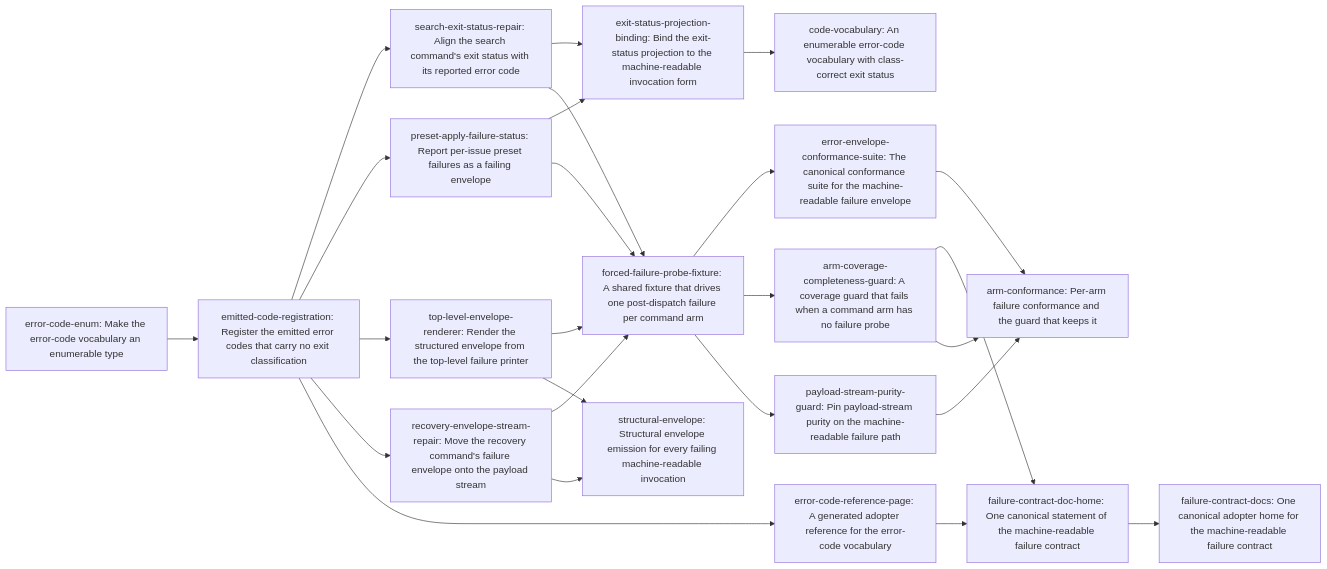
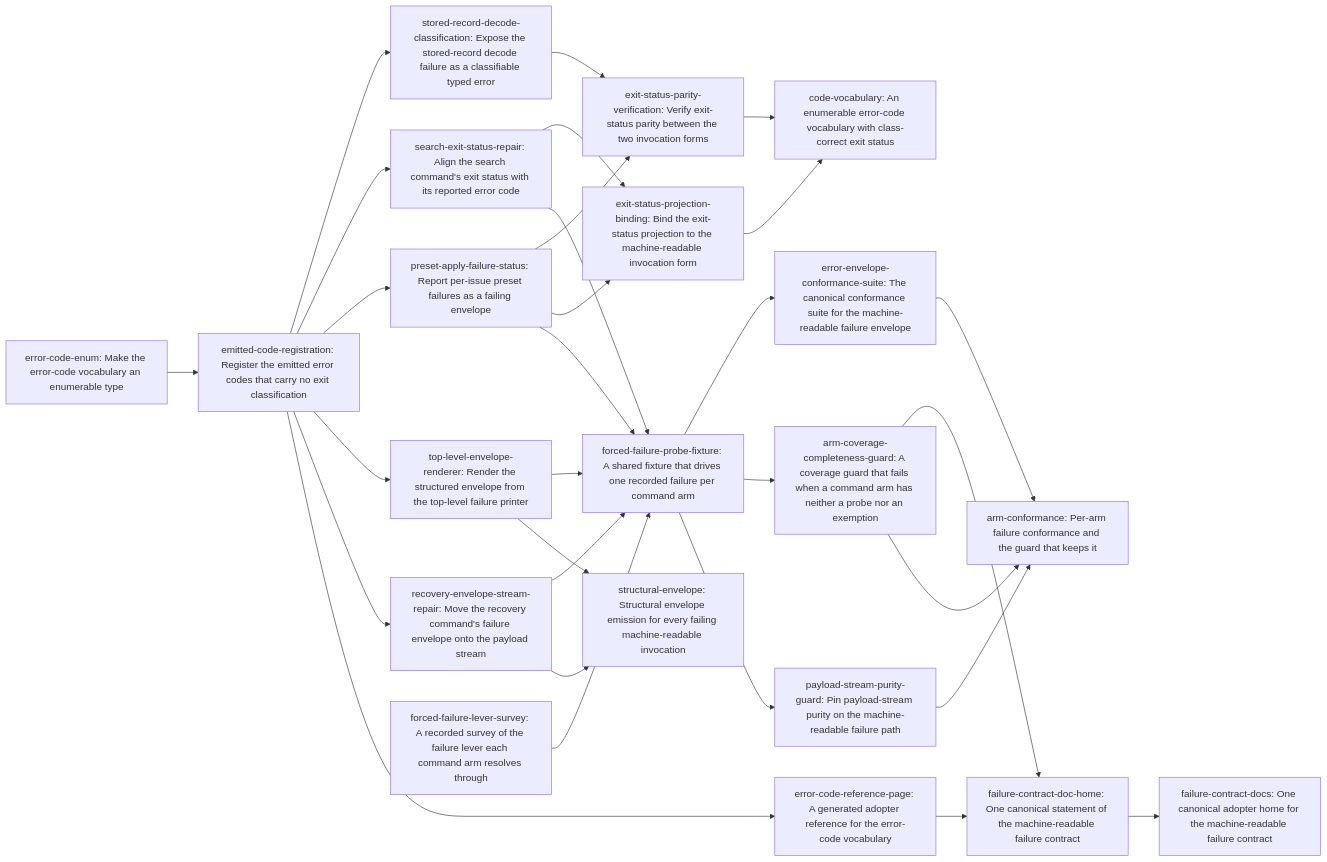
The diagram in dev/active/a2546471-json-error-contract/plan.md (erankavija/just-in-time), drawn with Mermaid before and after one commit. The commit also changed other lines of this file and 3 other files, not shown here.

````diff
--- a/dev/active/a2546471-json-error-contract/plan.md
+++ b/dev/active/a2546471-json-error-contract/plan.md
@@ -113,44 +147,52 @@
 ```mermaid
 flowchart LR
     N0["error-code-enum: Make the error-code vocabulary an enumerable type"]
     N1["emitted-code-registration: Register the emitted error codes that carry no exit classification"]
-    N2["search-exit-status-repair: Align the search command's exit status with its reported error code"]
-    N3["preset-apply-failure-status: Report per-issue preset failures as a failing envelope"]
-    N4["exit-status-projection-binding: Bind the exit-status projection to the machine-readable invocation form"]
-    N5["top-level-envelope-renderer: Render the structured envelope from the top-level failure printer"]
-    N6["recovery-envelope-stream-repair: Move the recovery command's failure envelope onto the payload stream"]
-    N7["forced-failure-probe-fixture: A shared fixture that drives one post-dispatch failure per command arm"]
-    N8["error-envelope-conformance-suite: The canonical conformance suite for the machine-readable failure envelope"]
-    N9["arm-coverage-completeness-guard: A coverage guard that fails when a command arm has no failure probe"]
-    N10["payload-stream-purity-guard: Pin payload-stream purity on the machine-readable failure path"]
-    N11["error-code-reference-page: A generated adopter reference for the error-code vocabulary"]
-    N12["failure-contract-doc-home: One canonical statement of the machine-readable failure contract"]
-    N13["code-vocabulary: An enumerable error-code vocabulary with class-correct exit status"]
-    N14["structural-envelope: Structural envelope emission for every failing machine-readable invocation"]
-    N15["arm-conformance: Per-arm failure conformance and the guard that keeps it"]
-    N16["failure-contract-docs: One canonical adopter home for the machine-readable failure contract"]
+    N2["stored-record-decode-classification: Expose the stored-record decode failure as a classifiable typed error"]
+    N3["search-exit-status-repair: Align the search command's exit status with its reported error code"]
+    N4["preset-apply-failure-status: Report per-issue preset failures as a failing envelope"]
+    N5["exit-status-parity-verification: Verify exit-status parity between the two invocation forms"]
+    N6["exit-status-projection-binding: Bind the exit-status projection to the machine-readable invocation form"]
+    N7["top-level-envelope-renderer: Render the structured envelope from the top-level failure printer"]
+    N8["recovery-envelope-stream-repair: Move the recovery command's failure envelope onto the payload stream"]
+    N9["forced-failure-lever-survey: A recorded survey of the failure lever each command arm resolves through"]
+    N10["forced-failure-probe-fixture: A shared fixture that drives one recorded failure per command arm"]
+    N11["error-envelope-conformance-suite: The canonical conformance suite for the machine-readable failure envelope"]
+    N12["arm-coverage-completeness-guard: A coverage guard that fails when a command arm has neither a probe nor an exemption"]
+    N13["payload-stream-purity-guard: Pin payload-stream purity on the machine-readable failure path"]
+    N14["error-code-reference-page: A generated adopter reference for the error-code vocabulary"]
+    N15["failure-contract-doc-home: One canonical statement of the machine-readable failure contract"]
+    N16["code-vocabulary: An enumerable error-code vocabulary with class-correct exit status"]
+    N17["structural-envelope: Structural envelope emission for every failing machine-readable invocation"]
+    N18["arm-conformance: Per-arm failure conformance and the guard that keeps it"]
+    N19["failure-contract-docs: One canonical adopter home for the machine-readable failure contract"]
     N0 --> N1
     N1 --> N2
     N1 --> N3
-    N2 --> N4
-    N3 --> N4
-    N1 --> N5
-    N1 --> N6
-    N2 --> N7
-    N3 --> N7
-    N5 --> N7
-    N6 --> N7
-    N7 --> N8
-    N7 --> N9
+    N1 --> N4
+    N2 --> N5
+    N4 --> N5
+    N3 --> N6
+    N4 --> N6
+    N1 --> N7
+    N1 --> N8
+    N9 --> N10
+    N3 --> N10
+    N4 --> N10
     N7 --> N10
-    N1 --> N11
-    N11 --> N12
-    N9 --> N12
-    N4 --> N13
-    N5 --> N14
-    N6 --> N14
-    N8 --> N15
-    N9 --> N15
-    N10 --> N15
-    N12 --> N16
+    N8 --> N10
+    N10 --> N11
+    N10 --> N12
+    N10 --> N13
+    N1 --> N14
+    N14 --> N15
+    N12 --> N15
+    N6 --> N16
+    N5 --> N16
+    N7 --> N17
+    N8 --> N17
+    N11 --> N18
+    N12 --> N18
+    N13 --> N18
+    N15 --> N19
 ```
````
